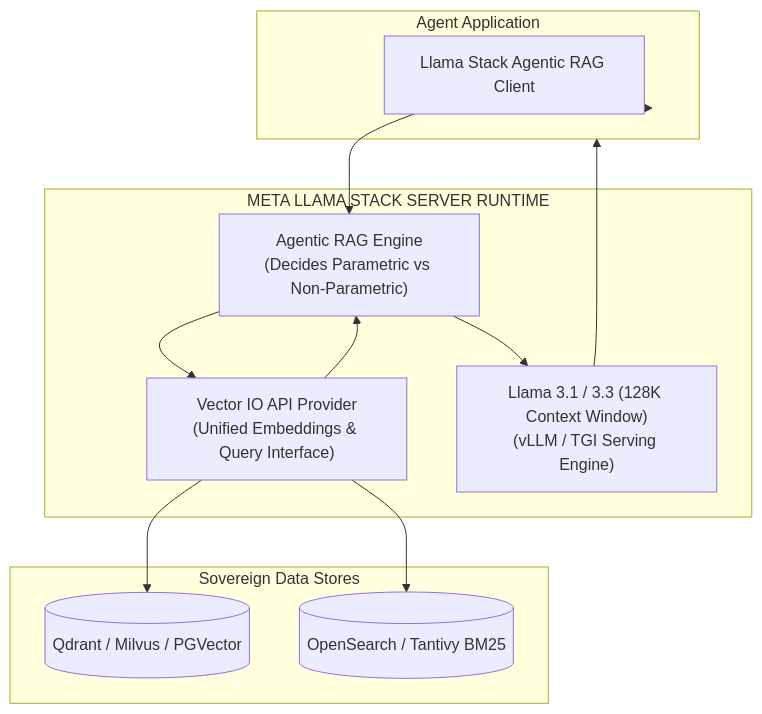
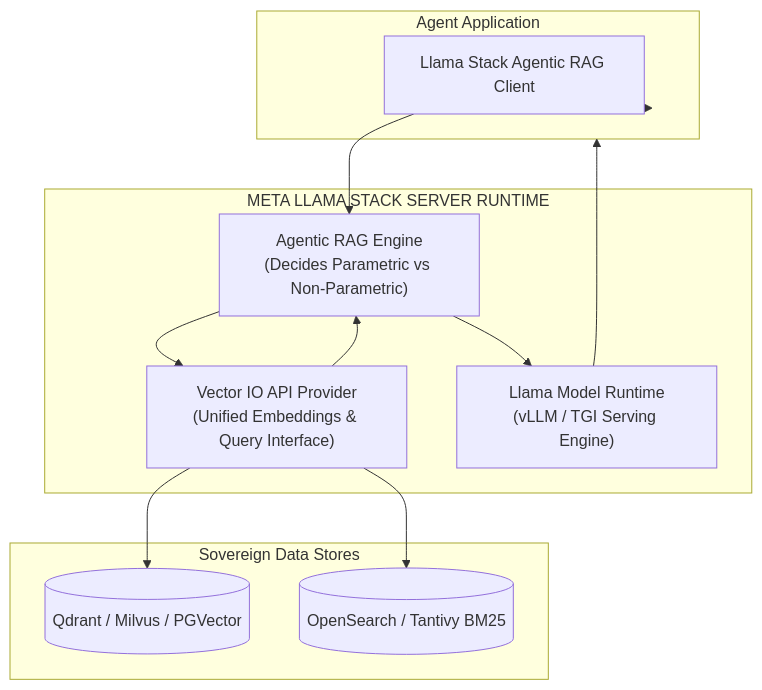
One commit to dip4k/senior-engineer-to-ai-engineer-roadmap changed the third of 3 diagrams in 02-rag-and-knowledge-systems/reference/cloud-retrieval-architectures.md. Above: the diagram before and after it, drawn with Mermaid. The commit also changed other lines of this file and 10 other files, not shown here.

````diff
--- a/02-rag-and-knowledge-systems/reference/cloud-retrieval-architectures.md
+++ b/02-rag-and-knowledge-systems/reference/cloud-retrieval-architectures.md
@@ -142,26 +126,26 @@
 ```mermaid
 flowchart TD
     subgraph Client["Agent Application"]
         Agent["Llama Stack Agentic RAG Client"]
     end
 
     subgraph LlamaStackServer["META LLAMA STACK SERVER RUNTIME"]
         VectorIO["Vector IO API Provider<br>(Unified Embeddings & Query Interface)"]
         RAGRouter["Agentic RAG Engine<br>(Decides Parametric vs Non-Parametric)"]
-        Inference["Llama 3.1 / 3.3 (128K Context Window)<br>(vLLM / TGI Serving Engine)"]
+        Inference["Llama Model Runtime<br>(vLLM / TGI Serving Engine)"]
     end
 
     subgraph StorageLayer["Sovereign Data Stores"]
         Qdrant[("Qdrant / Milvus / PGVector")]
         Inverted[("OpenSearch / Tantivy BM25")]
     end
 
     Client --> Agent
     Agent --> RAGRouter
     RAGRouter --> VectorIO
     VectorIO --> Qdrant
     VectorIO --> Inverted
     VectorIO --> RAGRouter
     RAGRouter --> Inference
     Inference --> Client
 ```
````
